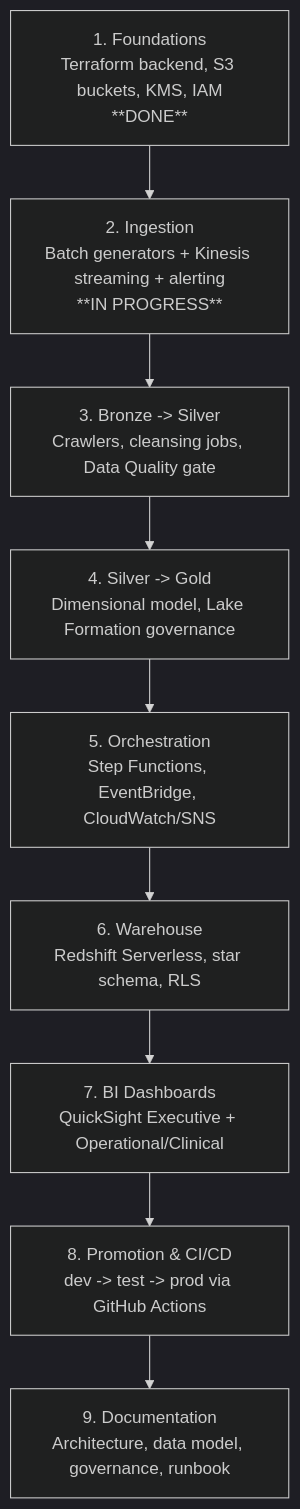
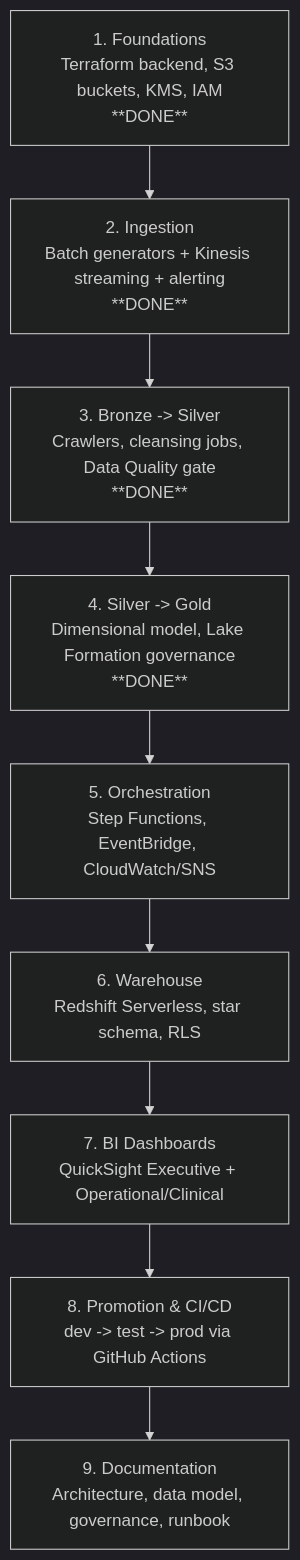
Before and after one commit to Michael-amali/meridian-health-project: the second of 2 diagrams in docs/architecture.md, drawn with Mermaid (dark theme). The commit also changed 33 other files, not shown here.

Commit message:
added implementation for transitioning from cleansed to curated, silver to gold

````diff
--- a/docs/architecture.md
+++ b/docs/architecture.md
@@ -111,14 +111,14 @@
 ```mermaid
 flowchart TD
     P1["1. Foundations\nTerraform backend, S3 buckets, KMS, IAM\n**DONE**"]
-    P2["2. Ingestion\nBatch generators + Kinesis streaming + alerting\n**IN PROGRESS**"]
-    P3["3. Bronze -> Silver\nCrawlers, cleansing jobs, Data Quality gate"]
-    P4["4. Silver -> Gold\nDimensional model, Lake Formation governance"]
+    P2["2. Ingestion\nBatch generators + Kinesis streaming + alerting\n**DONE**"]
+    P3["3. Bronze -> Silver\nCrawlers, cleansing jobs, Data Quality gate\n**DONE**"]
+    P4["4. Silver -> Gold\nDimensional model, Lake Formation governance\n**DONE**"]
     P5["5. Orchestration\nStep Functions, EventBridge, CloudWatch/SNS"]
     P6["6. Warehouse\nRedshift Serverless, star schema, RLS"]
     P7["7. BI Dashboards\nQuickSight Executive + Operational/Clinical"]
     P8["8. Promotion & CI/CD\ndev -> test -> prod via GitHub Actions"]
     P9["9. Documentation\nArchitecture, data model, governance, runbook"]
 
     P1 --> P2 --> P3 --> P4 --> P5 --> P6 --> P7 --> P8 --> P9
 ```
````
